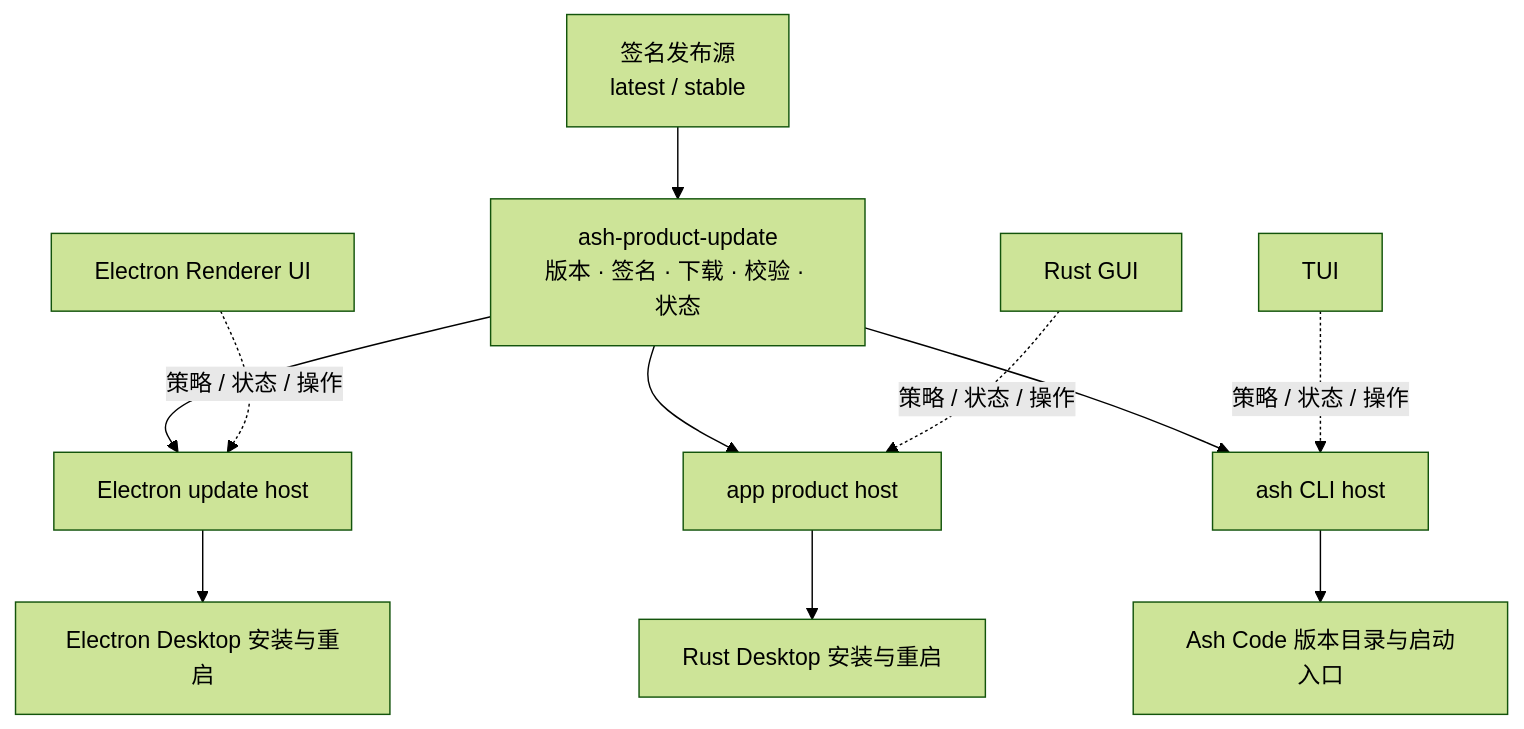
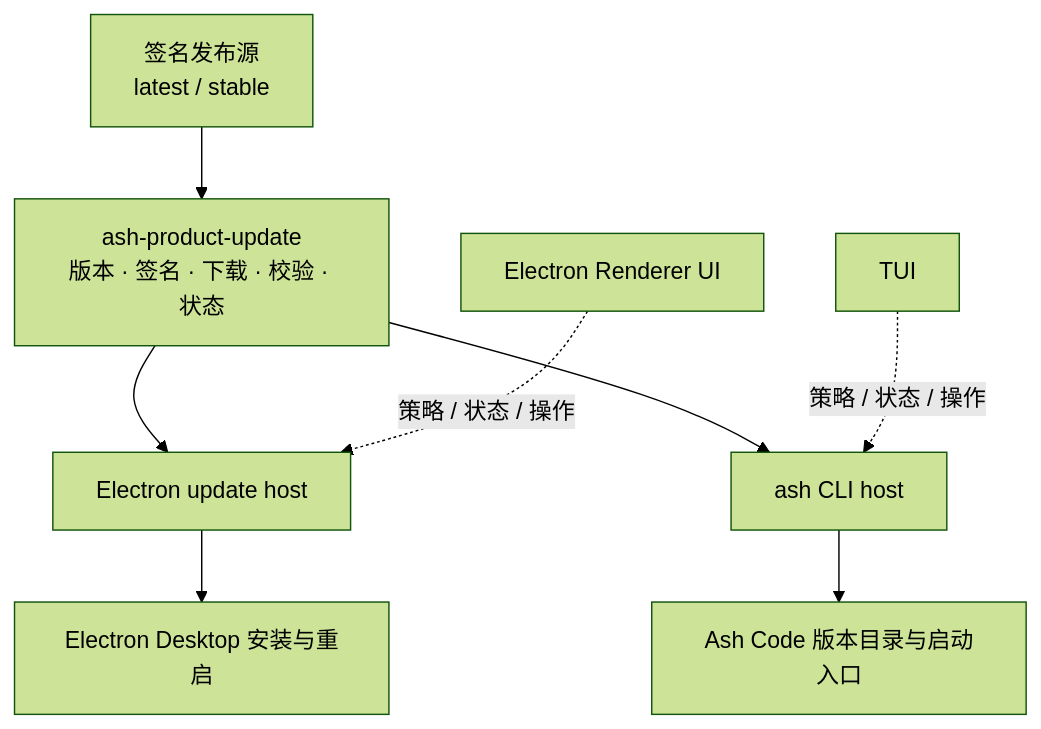
One commit to chogng/ash changed the diagram in docs/product-update-architecture.md. Above: the diagram before and after it, drawn with Mermaid (forest theme). The commit also changed other lines of this file and 12297 other files, not shown here.

````diff
--- a/docs/product-update-architecture.md
+++ b/docs/product-update-architecture.md
@@ -22,13 +21,10 @@
 ```mermaid
 flowchart TD
     Release["签名发布源\nlatest / stable"] --> Core["ash-product-update\n版本 · 签名 · 下载 · 校验 · 状态"]
     Core --> ElectronHost["Electron update host"]
-    Core --> RustHost["app product host"]
     Core --> CliHost["ash CLI host"]
     ElectronHost --> ElectronInstall["Electron Desktop 安装与重启"]
-    RustHost --> RustInstall["Rust Desktop 安装与重启"]
     CliHost --> CliInstall["Ash Code 版本目录与启动入口"]
     ElectronUI["Electron Renderer UI"] -. "策略 / 状态 / 操作" .-> ElectronHost
-    RustUI["Rust GUI"] -. "策略 / 状态 / 操作" .-> RustHost
     Tui["TUI"] -. "策略 / 状态 / 操作" .-> CliHost
 ```
````
